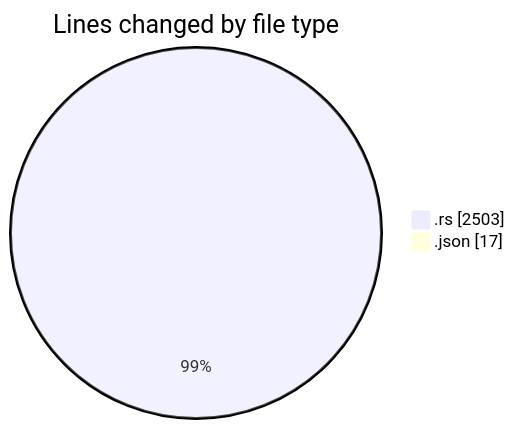
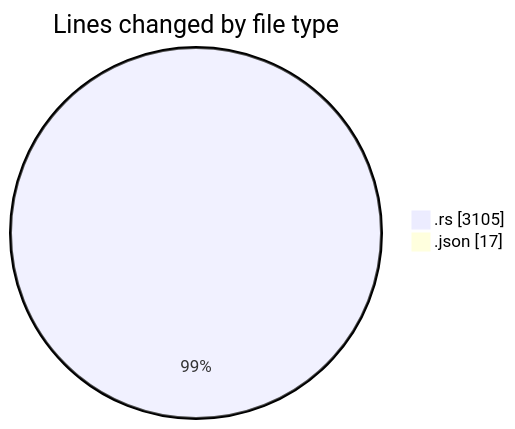
Before and after one commit to Ritupan-Deka/code-tracking: the first of 2 diagrams in 2025-12-28/rust/README.md, drawn with Mermaid. The commit also changed other lines of this file and 1 other file, not shown here.

````diff
--- a/2025-12-28/rust/README.md
+++ b/2025-12-28/rust/README.md
@@ -21,6 +21,6 @@
 ```mermaid
 pie showData
 title Lines changed by file type
-".rs" : 2503
+".rs" : 3105
 ".json" : 17
 ```
````
